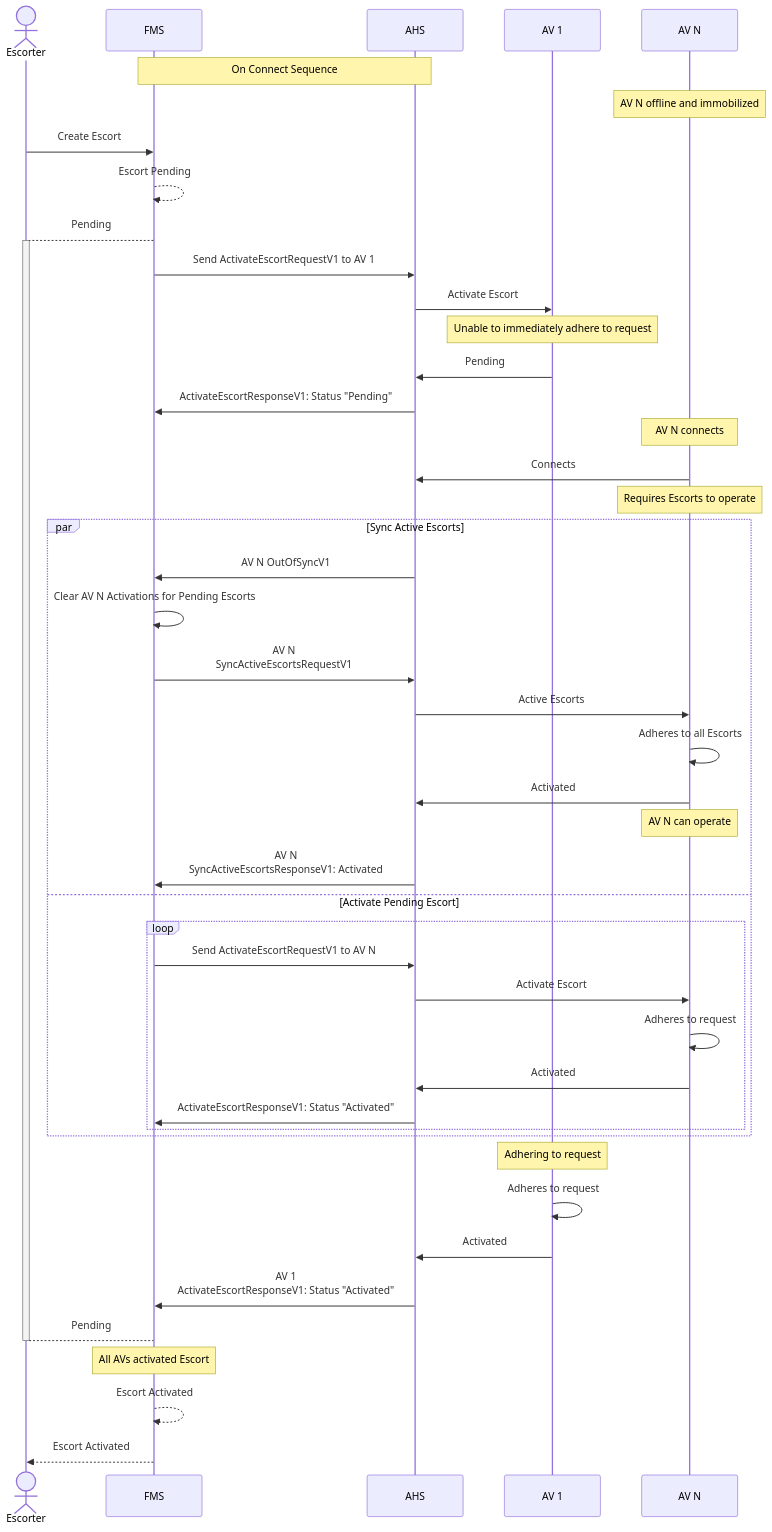
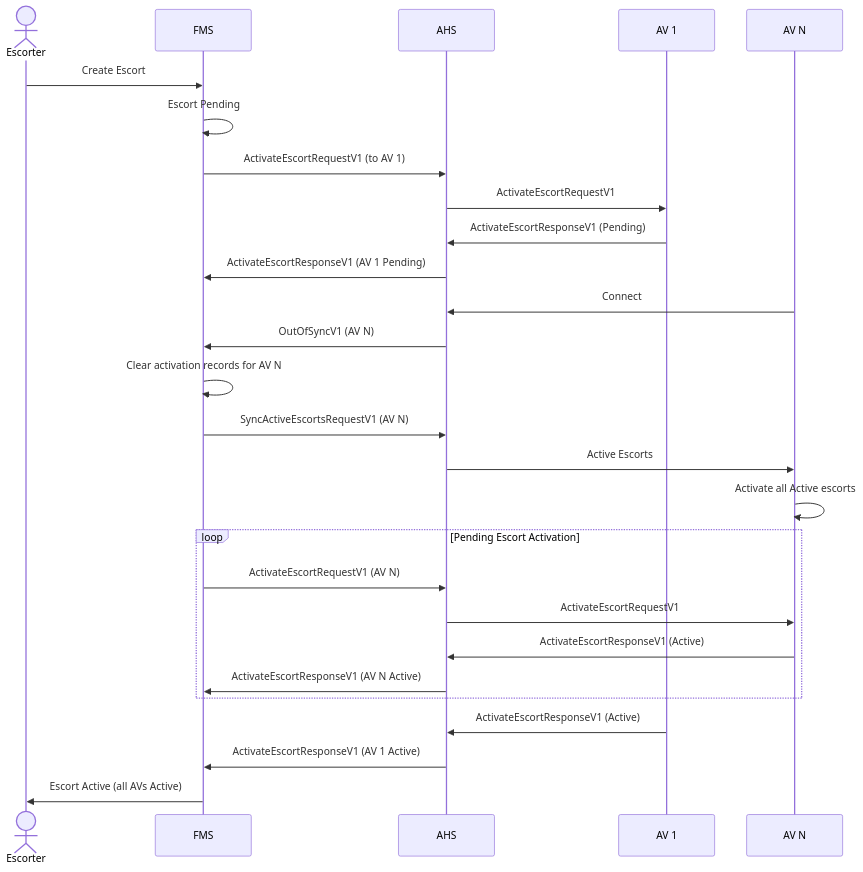
The second of 3 diagrams in diagram/Synchronization.md (guri381/escort), drawn with Mermaid before and after one commit. The commit also changed other lines of this file, not shown here.

````diff
--- a/diagram/Synchronization.md
+++ b/diagram/Synchronization.md
@@ -45,61 +64,31 @@
 ```mermaid
 sequenceDiagram
     actor Escorter
     participant FMS
     participant AHS
-    participant AV 1
-    participant AV N
-
-    Note over FMS,AHS: On Connect Sequence
-    Note over AV N: AV N offline and immobilized
+    participant AV_1 as AV 1
+    participant AV_N as AV N
 
     Escorter->>FMS: Create Escort
-    FMS-->>FMS: Escort Pending
-    FMS-->+Escorter: Pending
+    FMS->>FMS: Escort Pending
+    FMS->>AHS: ActivateEscortRequestV1 (to AV 1)
+    AHS->>AV_1: ActivateEscortRequestV1
+    AV_1->>AHS: ActivateEscortResponseV1 (Pending)
+    AHS->>FMS: ActivateEscortResponseV1 (AV 1 Pending)
 
-    FMS->>AHS: Send ActivateEscortRequestV1 to AV 1
-
-    AHS->>AV 1: Activate Escort
-    Note over AV 1: Unable to immediately adhere to request
-    AV 1->>AHS: Pending
-    AHS->>FMS: ActivateEscortResponseV1: Status "Pending"
-
-    Note Over AV N: AV N connects
-
-    AV N->>AHS: Connects
-    Note Over AV N: Requires Escorts to operate
-
-    par Sync Active Escorts
-        AHS->>FMS: AV N OutOfSyncV1
-        FMS->>FMS: Clear AV N Activations for Pending Escorts
-
-        FMS->>AHS: AV N <br/> SyncActiveEscortsRequestV1
-        AHS->>AV N: Active Escorts
-        AV N->>AV N: Adheres to all Escorts
-        AV N->>AHS: Activated
-        Note over AV N: AV N can operate
-
-        AHS->>FMS: AV N <br/> SyncActiveEscortsResponseV1: Activated
-    and Activate Pending Escort
-        loop
-            FMS->>AHS: Send ActivateEscortRequestV1 to AV N
-            AHS->>AV N: Activate Escort
-            AV N->>AV N: Adheres to request
-            AV N->>AHS: Activated
-            AHS->>FMS: ActivateEscortResponseV1: Status "Activated"
-        end
+    AV_N->>AHS: Connect
+    AHS->>FMS: OutOfSyncV1 (AV N)
+    FMS->>FMS: Clear activation records for AV N
+    FMS->>AHS: SyncActiveEscortsRequestV1 (AV N)
+    AHS->>AV_N: Active Escorts
+    AV_N->>AV_N: Activate all Active escorts
+    loop Pending Escort Activation
+        FMS->>AHS: ActivateEscortRequestV1 (AV N)
+        AHS->>AV_N: ActivateEscortRequestV1
+        AV_N->>AHS: ActivateEscortResponseV1 (Active)
+        AHS->>FMS: ActivateEscortResponseV1 (AV N Active)
     end
-
-    Note Over AV 1: Adhering to request
-    AV 1->>AV 1: Adheres to request
-    AV 1->>AHS: Activated
-     AHS->>FMS: AV 1 <br/> ActivateEscortResponseV1: Status "Activated"
-
-
-    Escorter-->-FMS: Pending
-
-    Note Over FMS: All AVs activated Escort
-    FMS-->>FMS: Escort Activated
-
-    FMS-->>Escorter: Escort Activated
+    AV_1->>AHS: ActivateEscortResponseV1 (Active)
+    AHS->>FMS: ActivateEscortResponseV1 (AV 1 Active)
+    FMS->>Escorter: Escort Active (all AVs Active)
 ```
````
